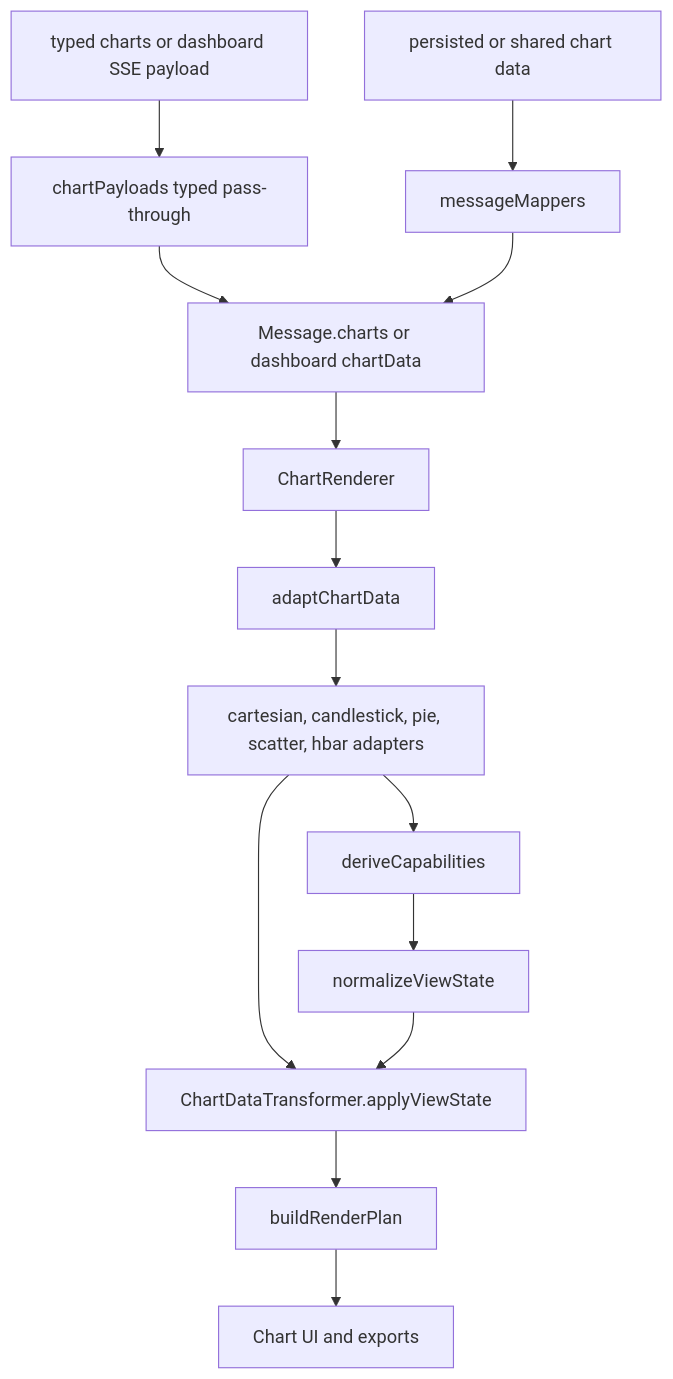
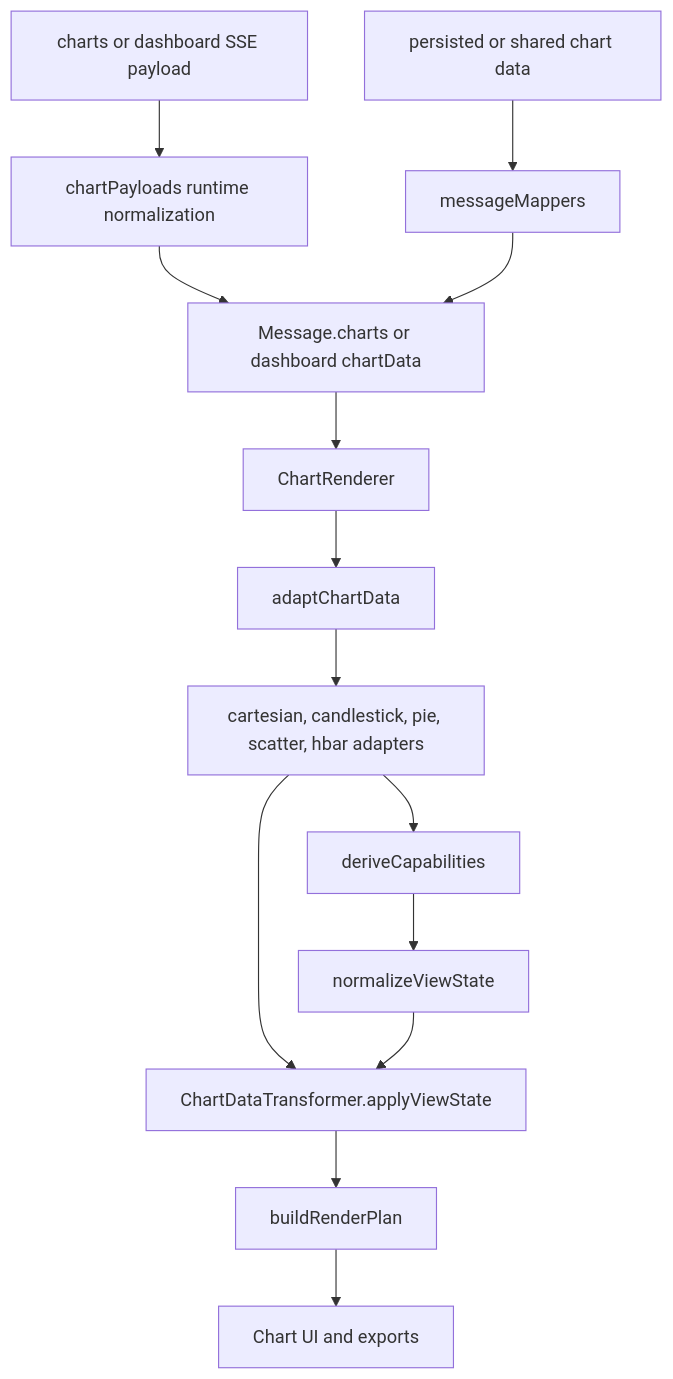
Before and after one commit to DefiLlama/defillama-app: the fifth of 8 diagrams in src/containers/LlamaAI/ARCHITECTURE.md, drawn with Mermaid. The commit also changed other lines of this file and 1 other file, not shown here.

````diff
--- a/src/containers/LlamaAI/ARCHITECTURE.md
+++ b/src/containers/LlamaAI/ARCHITECTURE.md
@@ -143,16 +161,16 @@
 ```mermaid
 flowchart TD
-  SSE["typed charts or dashboard SSE payload"] --> PassThrough["chartPayloads typed pass-through"]
+  SSE["charts or dashboard SSE payload"] --> Normalize["chartPayloads runtime normalization"]
   Restore["persisted or shared chart data"] --> Mappers["messageMappers"]
-  PassThrough --> MessageCharts["Message.charts or dashboard chartData"]
+  Normalize --> MessageCharts["Message.charts or dashboard chartData"]
   Mappers --> MessageCharts
   MessageCharts --> Renderer["ChartRenderer"]
   Renderer --> Adapter["adaptChartData"]
   Adapter --> Families["cartesian, candlestick, pie, scatter, hbar adapters"]
   Families --> Capabilities["deriveCapabilities"]
   Capabilities --> ViewState["normalizeViewState"]
   Families --> Transformer["ChartDataTransformer.applyViewState"]
   ViewState --> Transformer
   Transformer --> Plan["buildRenderPlan"]
   Plan --> UI["Chart UI and exports"]
 ```
````
